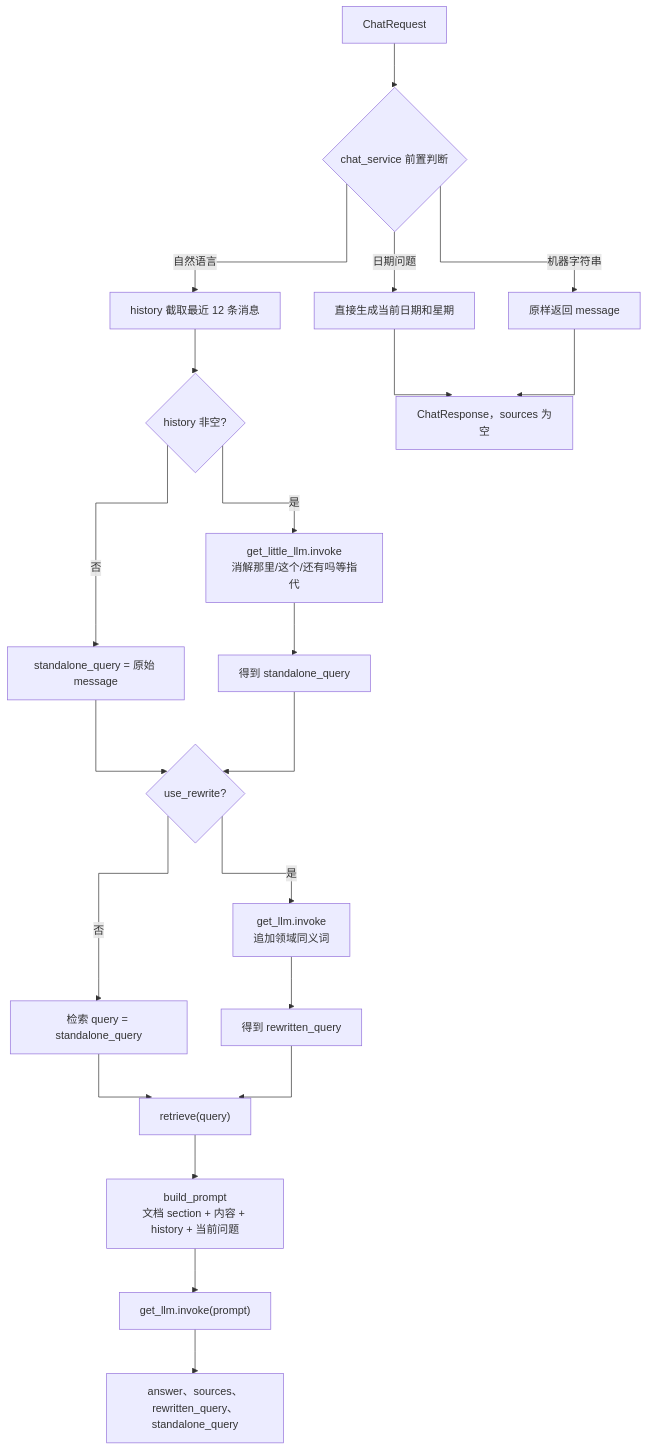
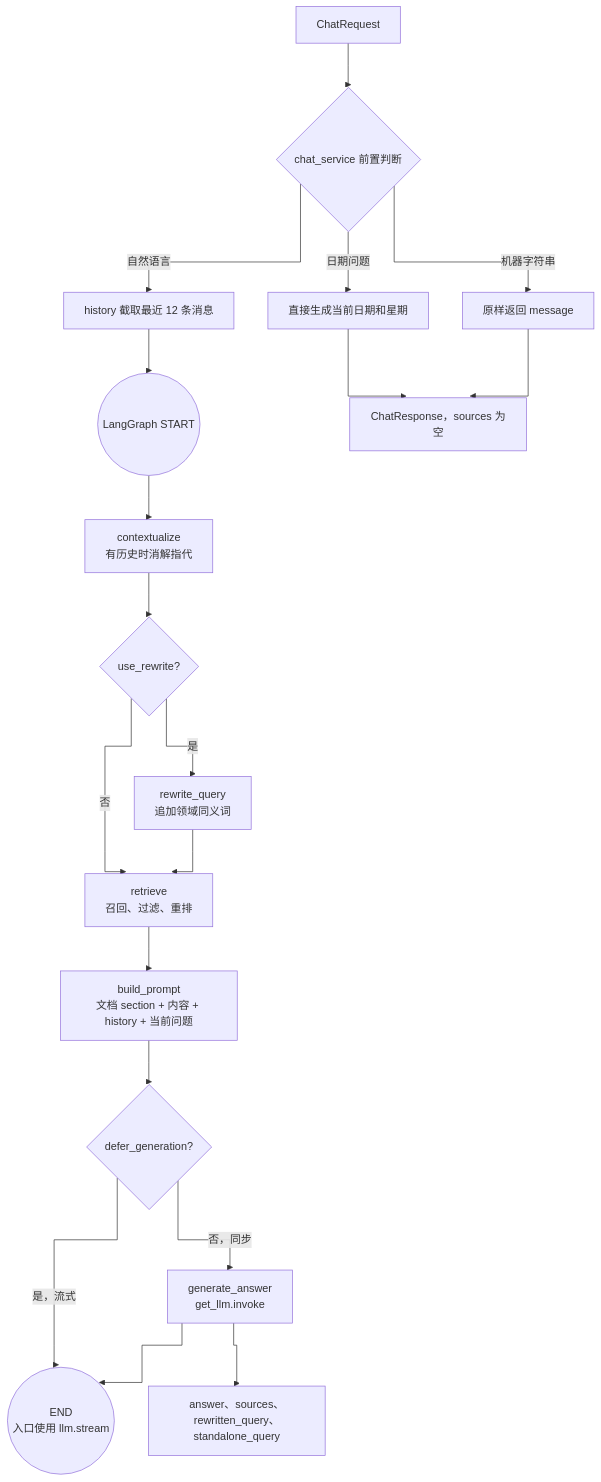
The fifth of 10 diagrams in desgin/docs/RAG详细设计.md (fan807017570/xinshi-rag), drawn with Mermaid before and after one commit. The commit also changed other lines of this file and 28 other files, not shown here.

Commit message:
通过SVM进行意图识别

````diff
--- a/desgin/docs/RAG详细设计.md
+++ b/desgin/docs/RAG详细设计.md
@@ -235,26 +237,23 @@
 ```mermaid
 %%{init: {"flowchart": {"curve": "stepBefore", "nodeSpacing": 50, "rankSpacing": 65}}}%%
 flowchart TD
     request["ChatRequest"] --> precheck{"chat_service 前置判断"}
     precheck -->|"日期问题"| dateAnswer["直接生成当前日期和星期"]
     precheck -->|"机器字符串"| echoAnswer["原样返回 message"]
     precheck -->|"自然语言"| history["history 截取最近 12 条消息"]
 
-    history --> hasHistory{"history 非空?"}
-    hasHistory -->|"是"| contextualize["get_little_llm.invoke<br/>消解那里/这个/还有吗等指代"]
-    hasHistory -->|"否"| standalone["standalone_query = 原始 message"]
-    contextualize --> standalone2["得到 standalone_query"]
-    standalone --> rewriteCheck
-    standalone2 --> rewriteCheck{"use_rewrite?"}
-    rewriteCheck -->|"是"| rewrite["get_llm.invoke<br/>追加领域同义词"]
-    rewriteCheck -->|"否"| query["检索 query = standalone_query"]
-    rewrite --> query2["得到 rewritten_query"]
-    query --> retrieve["retrieve(query)"]
-    query2 --> retrieve
-
+    history --> graphStart(("LangGraph START"))
+    graphStart --> contextualize["contextualize<br/>有历史时消解指代"]
+    contextualize --> rewriteCheck{"use_rewrite?"}
+    rewriteCheck -->|"是"| rewrite["rewrite_query<br/>追加领域同义词"]
+    rewriteCheck -->|"否"| retrieve["retrieve<br/>召回、过滤、重排"]
+    rewrite --> retrieve
     retrieve --> prompt["build_prompt<br/>文档 section + 内容 + history + 当前问题"]
-    prompt --> llm["get_llm.invoke(prompt)"]
+    prompt --> mode{"defer_generation?"}
+    mode -->|"否，同步"| llm["generate_answer<br/>get_llm.invoke"]
+    mode -->|"是，流式"| graphEnd(("END<br/>入口使用 llm.stream"))
+    llm --> graphEnd
     llm --> result["answer、sources、rewritten_query、standalone_query"]
     dateAnswer --> directResult["ChatResponse，sources 为空"]
     echoAnswer --> directResult
 ```
````
